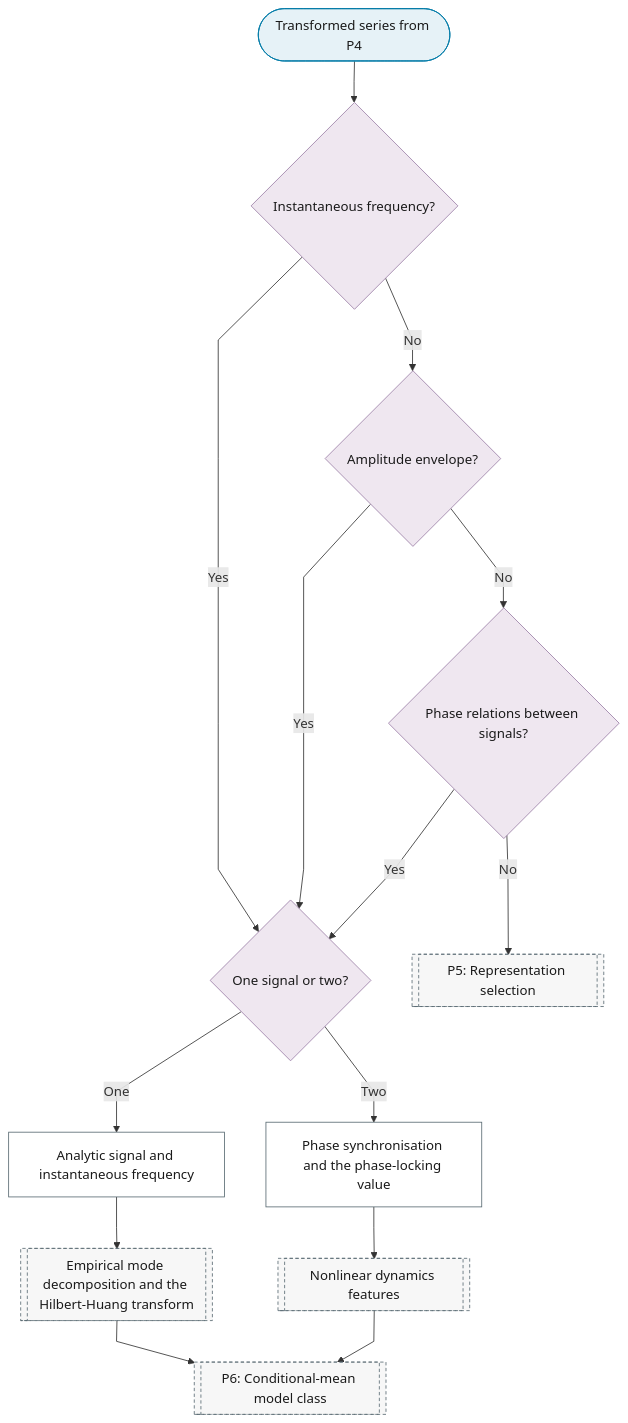
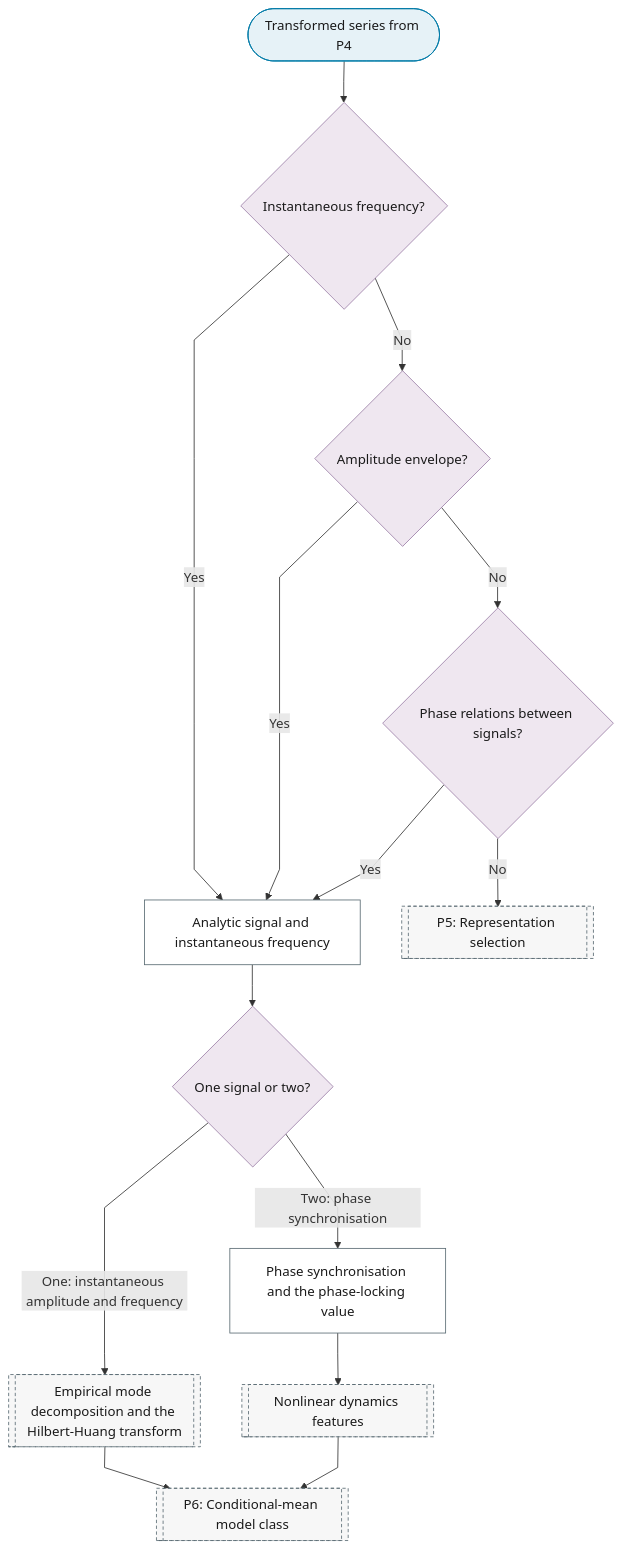
Before and after one commit to Shuxin-Y/time-series-analysis-manual: the diagram in docs/01-workflow/p05-representation/06-hilbert-phase.md, drawn with Mermaid. The commit also changed 2 other files, not shown here.

Commit message:
docs: nits n-a and n-b
- 'The same leaf serves as inference and metric.' appears once per page,
  under the P11 heading (purposes 3 and 8).
- The Hilbert chart computes the analytic signal first, a dependency of
  both uses, then asks 'One signal or two?' (instantaneous amplitude and
  frequency, or phase synchronisation).

````diff
--- a/docs/01-workflow/p05-representation/06-hilbert-phase.md
+++ b/docs/01-workflow/p05-representation/06-hilbert-phase.md
@@ -7,28 +7,28 @@
 ```mermaid
 %%{init: {"flowchart": {"curve": "linear"}}}%%
 graph TD
     P5_HP_IN(["Transformed series from P4"]) --> P5_HP_INSTANTANEOUS{"Instantaneous frequency?"}
-    P5_HP_INSTANTANEOUS -->|"Yes"| P5_HP_SIGNALS{"One signal or two?"}
+    P5_HP_INSTANTANEOUS -->|"Yes"| P5_HP_ANALYTIC_SIGNAL["Analytic signal and instantaneous frequency"]
     P5_HP_INSTANTANEOUS -->|"No"| P5_HP_AMPLITUDE{"Amplitude envelope?"}
-    P5_HP_AMPLITUDE -->|"Yes"| P5_HP_SIGNALS
+    P5_HP_AMPLITUDE -->|"Yes"| P5_HP_ANALYTIC_SIGNAL
     P5_HP_AMPLITUDE -->|"No"| P5_HP_PHASE_RELATIONS{"Phase relations between signals?"}
-    P5_HP_PHASE_RELATIONS -->|"Yes"| P5_HP_SIGNALS
+    P5_HP_PHASE_RELATIONS -->|"Yes"| P5_HP_ANALYTIC_SIGNAL
     P5_HP_PHASE_RELATIONS -->|"No"| P5[["P5: Representation selection"]]
-    P5_HP_SIGNALS -->|"One"| P5_HP_ANALYTIC_SIGNAL["Analytic signal and instantaneous frequency"]
-    P5_HP_SIGNALS -->|"Two"| P5_HP_PHASE_SYNC["Phase synchronisation and the phase-locking value"]
-    P5_HP_ANALYTIC_SIGNAL --> P5_TF_EMD[["Empirical mode decomposition and the Hilbert-Huang transform"]]
+    P5_HP_ANALYTIC_SIGNAL --> P5_HP_SIGNALS{"One signal or two?"}
+    P5_HP_SIGNALS -->|"One: instantaneous amplitude and frequency"| P5_TF_EMD[["Empirical mode decomposition and the Hilbert-Huang transform"]]
+    P5_HP_SIGNALS -->|"Two: phase synchronisation"| P5_HP_PHASE_SYNC["Phase synchronisation and the phase-locking value"]
     P5_HP_PHASE_SYNC --> P2_FE_NONLINEAR_FEATURES[["Nonlinear dynamics features"]]
     P5_TF_EMD & P2_FE_NONLINEAR_FEATURES --> P6[["P6: Conditional-mean model class"]]
     class P5_HP_IN terminator
-    class P5_HP_INSTANTANEOUS,P5_HP_SIGNALS,P5_HP_AMPLITUDE,P5_HP_PHASE_RELATIONS decision
+    class P5_HP_INSTANTANEOUS,P5_HP_AMPLITUDE,P5_HP_PHASE_RELATIONS,P5_HP_SIGNALS decision
     class P5_HP_ANALYTIC_SIGNAL,P5_HP_PHASE_SYNC process
     class P5,P5_TF_EMD,P2_FE_NONLINEAR_FEATURES,P6 ref
     classDef terminator fill:#E6F2F7,stroke:#007BA7,color:#1A1A1A;
     classDef process fill:#FFFFFF,stroke:#5A6B73,color:#1A1A1A;
     classDef decision fill:#EFE7F0,stroke:#9B7FA7,color:#1A1A1A;
     classDef data fill:#FFF4E0,stroke:#C9A55E,color:#1A1A1A;
     classDef good fill:#DCEFD8,stroke:#4A7A3F,color:#1A1A1A;
     classDef escalate fill:#FFE9C2,stroke:#C9A55E,color:#1A1A1A;
     classDef problem fill:#F2D9DE,stroke:#800020,color:#1A1A1A;
     classDef ref fill:#F7F7F7,stroke:#5A6B73,color:#1A1A1A,stroke-dasharray:4 3;
 ```
````
